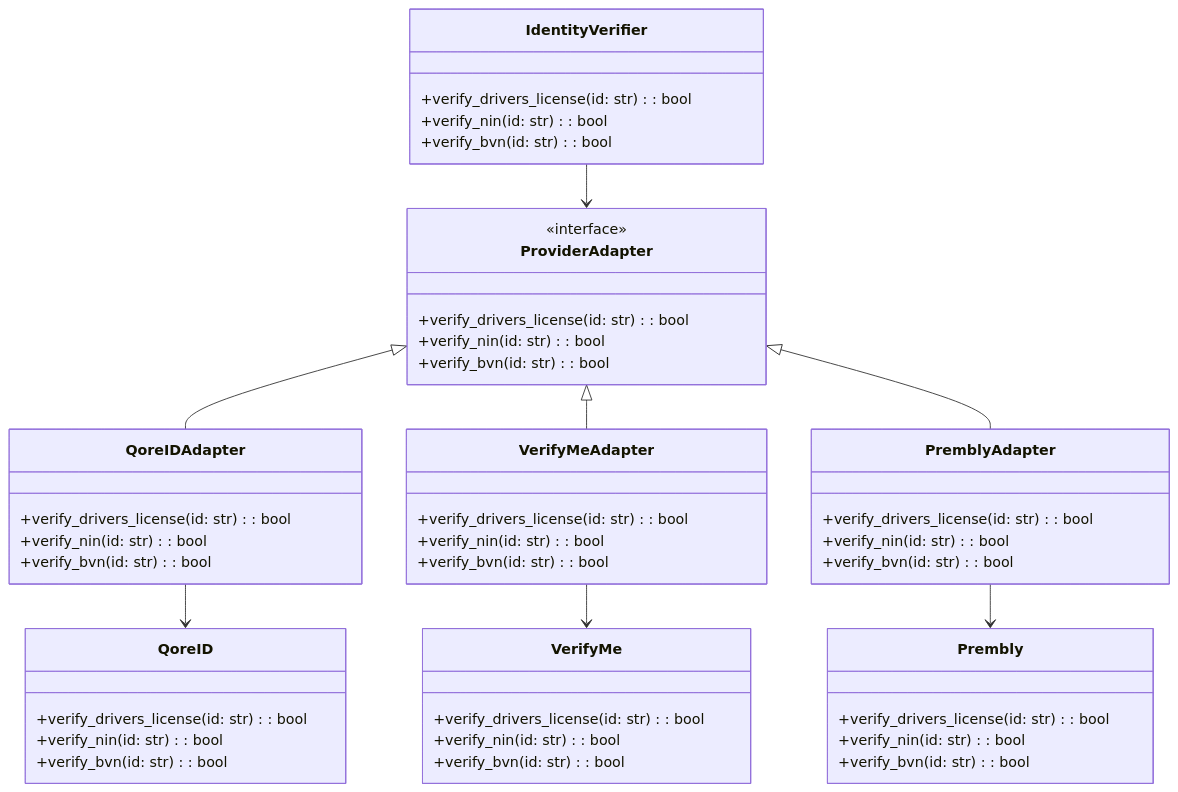
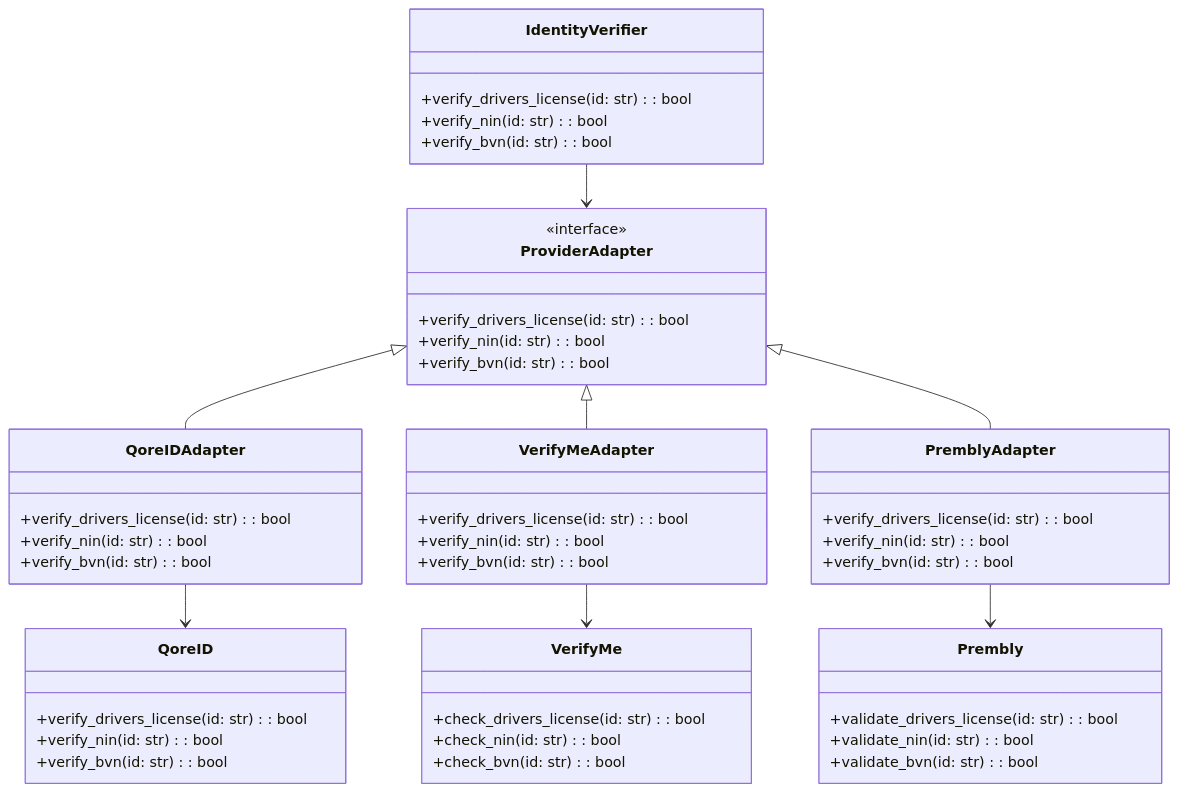
The diagram in adapter-patterns/README.md (adilimudassir/design-patterns), drawn with Mermaid before and after one commit.

````diff
--- a/adapter-patterns/README.md
+++ b/adapter-patterns/README.md
@@ -1,63 +1,63 @@
 ```mermaid
 classDiagram
     direction TD
 
     class IdentityVerifier {
         +verify_drivers_license(id: str) : bool
         +verify_nin(id: str) : bool
         +verify_bvn(id: str) : bool
     }
 
     class ProviderAdapter {
         <<interface>>
         +verify_drivers_license(id: str) : bool
         +verify_nin(id: str) : bool
         +verify_bvn(id: str) : bool
     }
 
     class QoreID {
         +verify_drivers_license(id: str) : bool
         +verify_nin(id: str) : bool
         +verify_bvn(id: str) : bool
     }
 
     class VerifyMe {
-        +verify_drivers_license(id: str) : bool
-        +verify_nin(id: str) : bool
-        +verify_bvn(id: str) : bool
+        +check_drivers_license(id: str) : bool
+        +check_nin(id: str) : bool
+        +check_bvn(id: str) : bool
     }
 
     class Prembly {
-        +verify_drivers_license(id: str) : bool
-        +verify_nin(id: str) : bool
-        +verify_bvn(id: str) : bool
+        +validate_drivers_license(id: str) : bool
+        +validate_nin(id: str) : bool
+        +validate_bvn(id: str) : bool
     }
 
     class QoreIDAdapter {
         +verify_drivers_license(id: str) : bool
         +verify_nin(id: str) : bool
         +verify_bvn(id: str) : bool
     }
 
     class VerifyMeAdapter {
         +verify_drivers_license(id: str) : bool
         +verify_nin(id: str) : bool
         +verify_bvn(id: str) : bool
     }
 
     class PremblyAdapter {
         +verify_drivers_license(id: str) : bool
         +verify_nin(id: str) : bool
         +verify_bvn(id: str) : bool
     }
 
     IdentityVerifier --> ProviderAdapter
     ProviderAdapter <|-- QoreIDAdapter
     ProviderAdapter <|-- VerifyMeAdapter
     ProviderAdapter <|-- PremblyAdapter
 
     QoreIDAdapter --> QoreID
     VerifyMeAdapter --> VerifyMe
     PremblyAdapter --> Prembly
 
 ```
````
